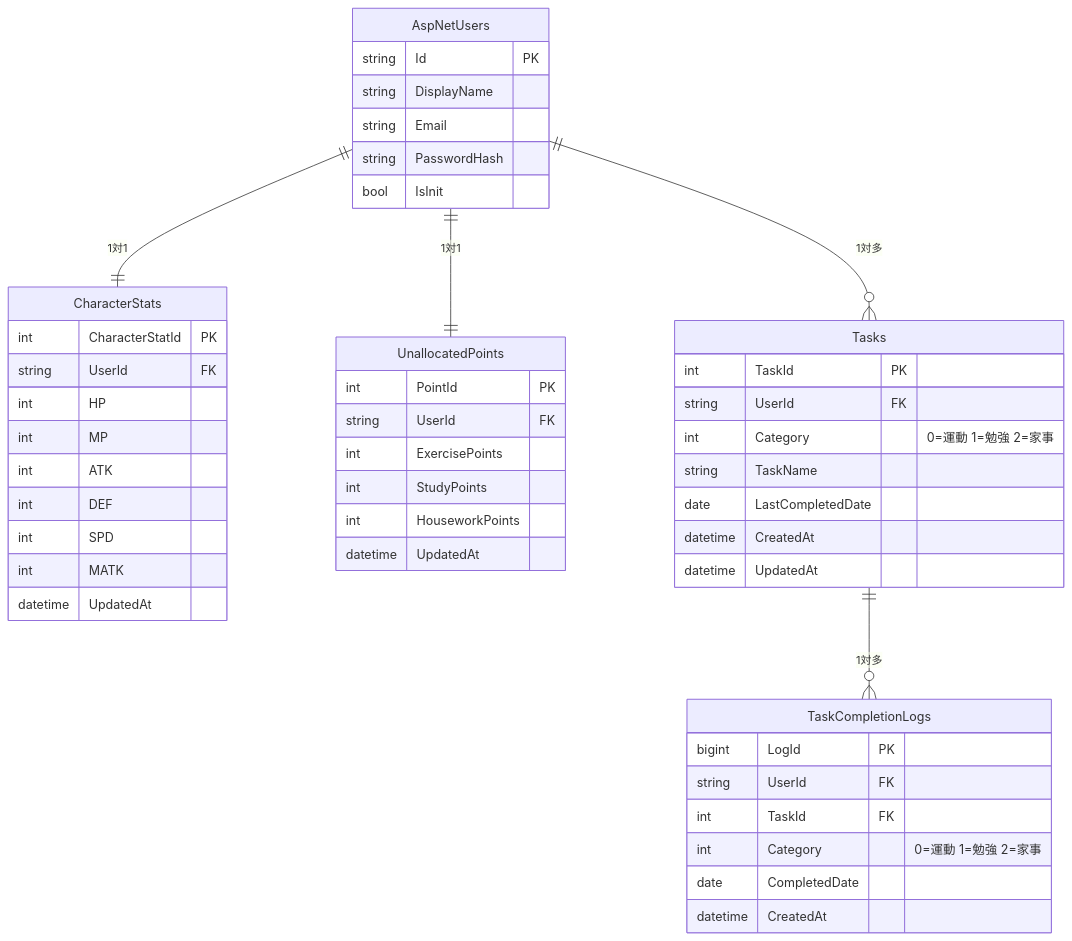
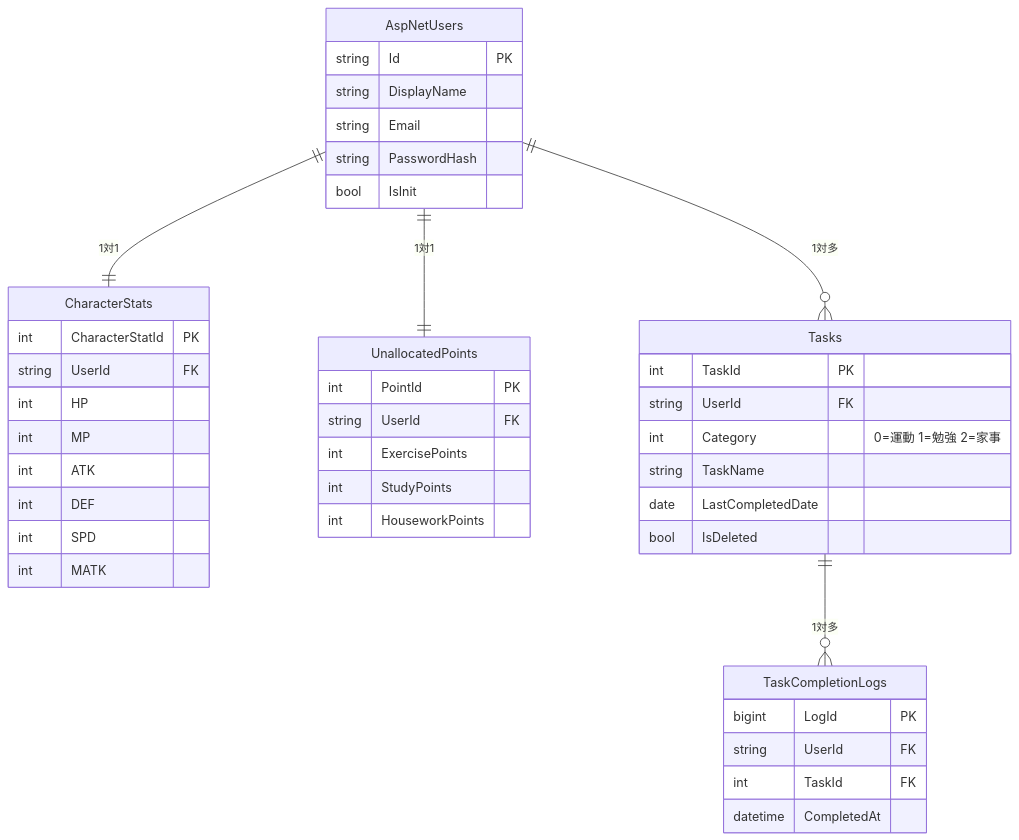
Before and after one commit to LightGive/simple-todo-web-app: the diagram in documents/db-design.md, drawn with Mermaid. The commit also changed other lines of this file, not shown here.

````diff
--- a/documents/db-design.md
+++ b/documents/db-design.md
@@ -5,55 +5,50 @@
 ```mermaid
 erDiagram
     AspNetUsers ||--|| CharacterStats : "1対1"
     AspNetUsers ||--|| UnallocatedPoints : "1対1"
     AspNetUsers ||--o{ Tasks : "1対多"
     Tasks ||--o{ TaskCompletionLogs : "1対多"
 
     AspNetUsers {
         string Id PK
         string DisplayName
         string Email
         string PasswordHash
         bool IsInit
     }
 
     Tasks {
         int TaskId PK
         string UserId FK
         int Category "0=運動 1=勉強 2=家事"
         string TaskName
         date LastCompletedDate
-        datetime CreatedAt
-        datetime UpdatedAt
+        bool IsDeleted
     }
 
     TaskCompletionLogs {
         bigint LogId PK
         string UserId FK
         int TaskId FK
-        int Category "0=運動 1=勉強 2=家事"
-        date CompletedDate
-        datetime CreatedAt
+        datetime CompletedAt
     }
 
     CharacterStats {
         int CharacterStatId PK
         string UserId FK
         int HP
         int MP
         int ATK
         int DEF
         int SPD
         int MATK
-        datetime UpdatedAt
     }
 
     UnallocatedPoints {
         int PointId PK
         string UserId FK
         int ExercisePoints
         int StudyPoints
         int HouseworkPoints
-        datetime UpdatedAt
     }
 ```
````
